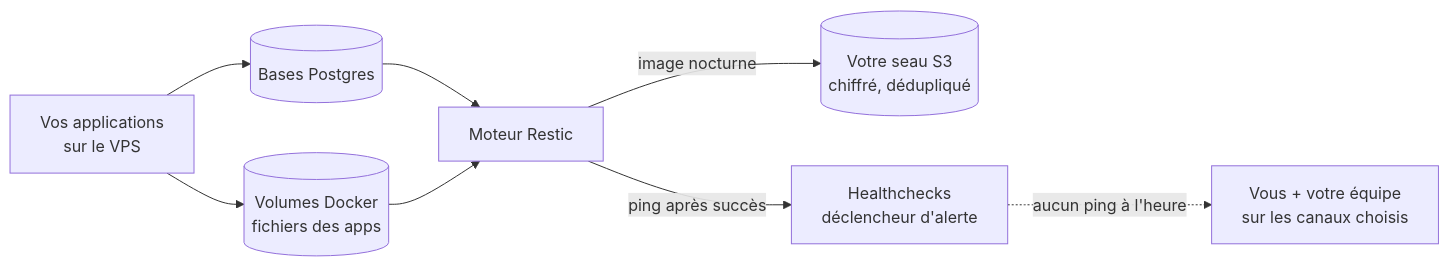
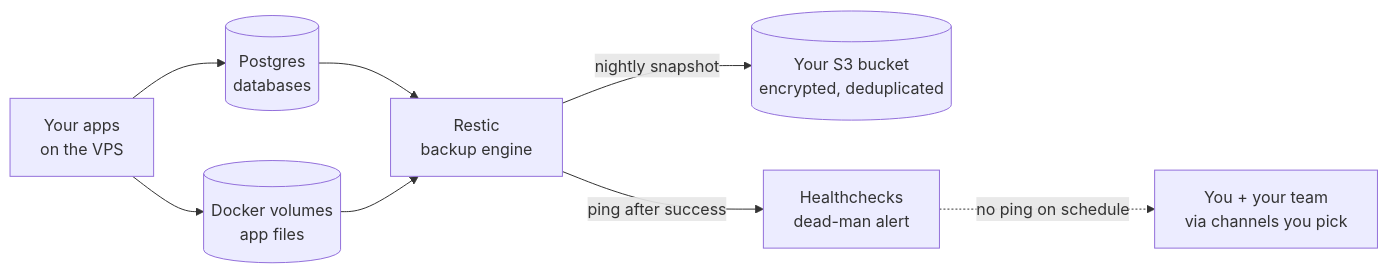
Before and after one commit to catenahq/docs: the second of 2 diagrams in src/content/docs/how-this-stack-works.md, drawn with Mermaid. The commit also changed other lines of this file and 129 other files, not shown here.

````diff
--- a/src/content/docs/how-this-stack-works.md
+++ b/src/content/docs/how-this-stack-works.md
@@ -72,18 +70,18 @@
 ```mermaid
 flowchart LR
-    APPS[Vos applications<br/>sur le VPS]
-    PG[(Bases Postgres)]
-    VOL[(Volumes Docker<br/>fichiers des apps)]
-    RESTIC[Moteur Restic]
-    S3[(Votre seau S3<br/>chiffré, dédupliqué)]
-    HC[Healthchecks<br/>déclencheur d'alerte]
-    YOU[Vous + votre équipe<br/>sur les canaux choisis]
+    APPS[Your apps<br/>on the VPS]
+    PG[(Postgres<br/>databases)]
+    VOL[(Docker volumes<br/>app files)]
+    RESTIC[Restic<br/>backup engine]
+    S3[(Your S3 bucket<br/>encrypted, deduplicated)]
+    HC[Healthchecks<br/>dead-man alert]
+    YOU[You + your team<br/>via channels you pick]
 
     APPS --> PG
     APPS --> VOL
     PG --> RESTIC
     VOL --> RESTIC
-    RESTIC -->|image nocturne| S3
-    RESTIC -->|ping après succès| HC
-    HC -.->|aucun ping à l'heure| YOU
+    RESTIC -->|nightly snapshot| S3
+    RESTIC -->|ping after success| HC
+    HC -.->|no ping on schedule| YOU
 ```
````
